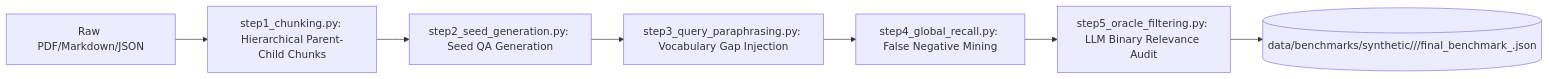
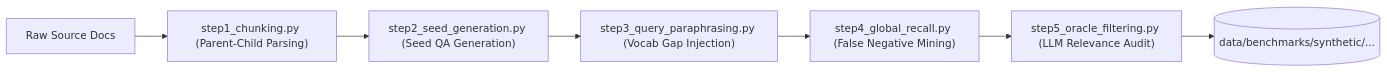
One commit to spchjken/Edge-RAG changed the second of 3 diagrams in docs/DATASET_PREP.md. Above: the diagram before and after it, drawn with Mermaid. The commit also changed other lines of this file and 7 other files, not shown here.

````diff
--- a/docs/DATASET_PREP.md
+++ b/docs/DATASET_PREP.md
@@ -600,9 +462,9 @@
 ```mermaid
 flowchart LR
-    RAW[Raw PDF/Markdown/JSON] --> S1[step1_chunking.py: Hierarchical Parent-Child Chunks]
-    S1 --> S2[step2_seed_generation.py: Seed QA Generation]
-    S2 --> S3[step3_query_paraphrasing.py: Vocabulary Gap Injection]
-    S3 --> S4[step4_global_recall.py: False Negative Mining]
-    S4 --> S5[step5_oracle_filtering.py: LLM Binary Relevance Audit]
-    S5 --> BENCH[(data/benchmarks/synthetic/<domain>/<tier>/final_benchmark_<tier>.json)]
+    RAW["Raw Source Docs"] --> S1["step1_chunking.py (Parent-Child Parsing)"]
+    S1 --> S2["step2_seed_generation.py (Seed QA Generation)"]
+    S2 --> S3["step3_query_paraphrasing.py (Vocab Gap Injection)"]
+    S3 --> S4["step4_global_recall.py (False Negative Mining)"]
+    S4 --> S5["step5_oracle_filtering.py (LLM Relevance Audit)"]
+    S5 --> BENCH[("data/benchmarks/synthetic/...")]
 ```
````
